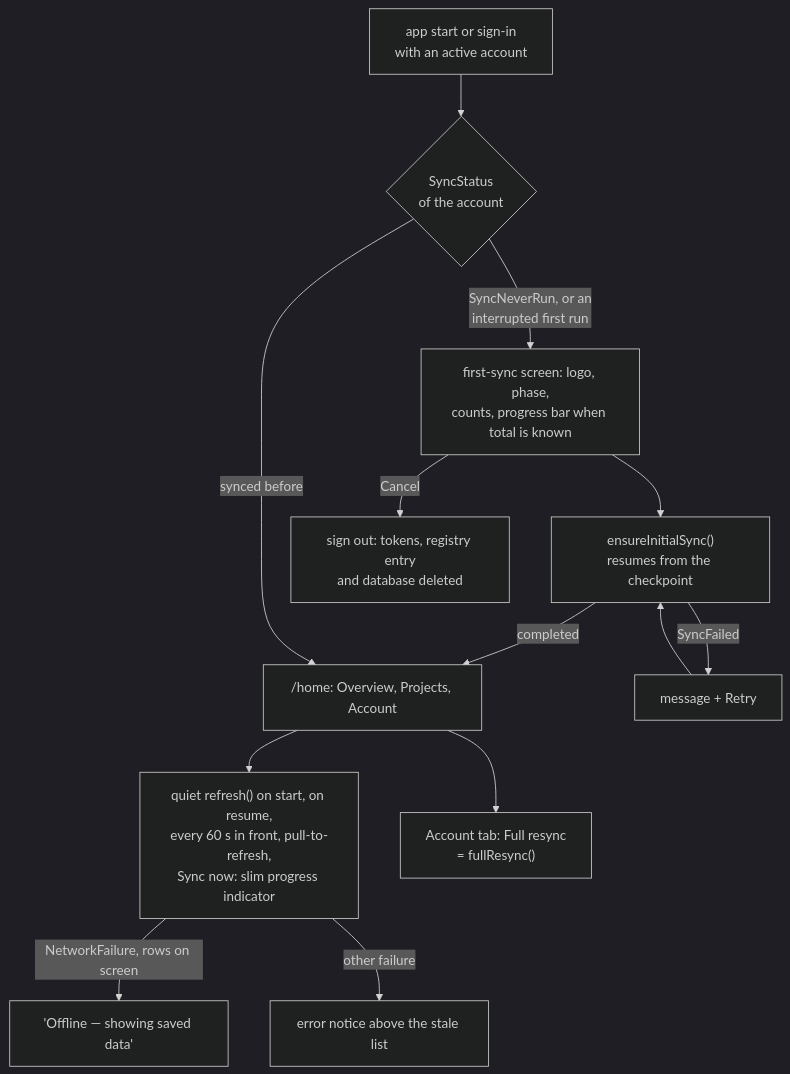
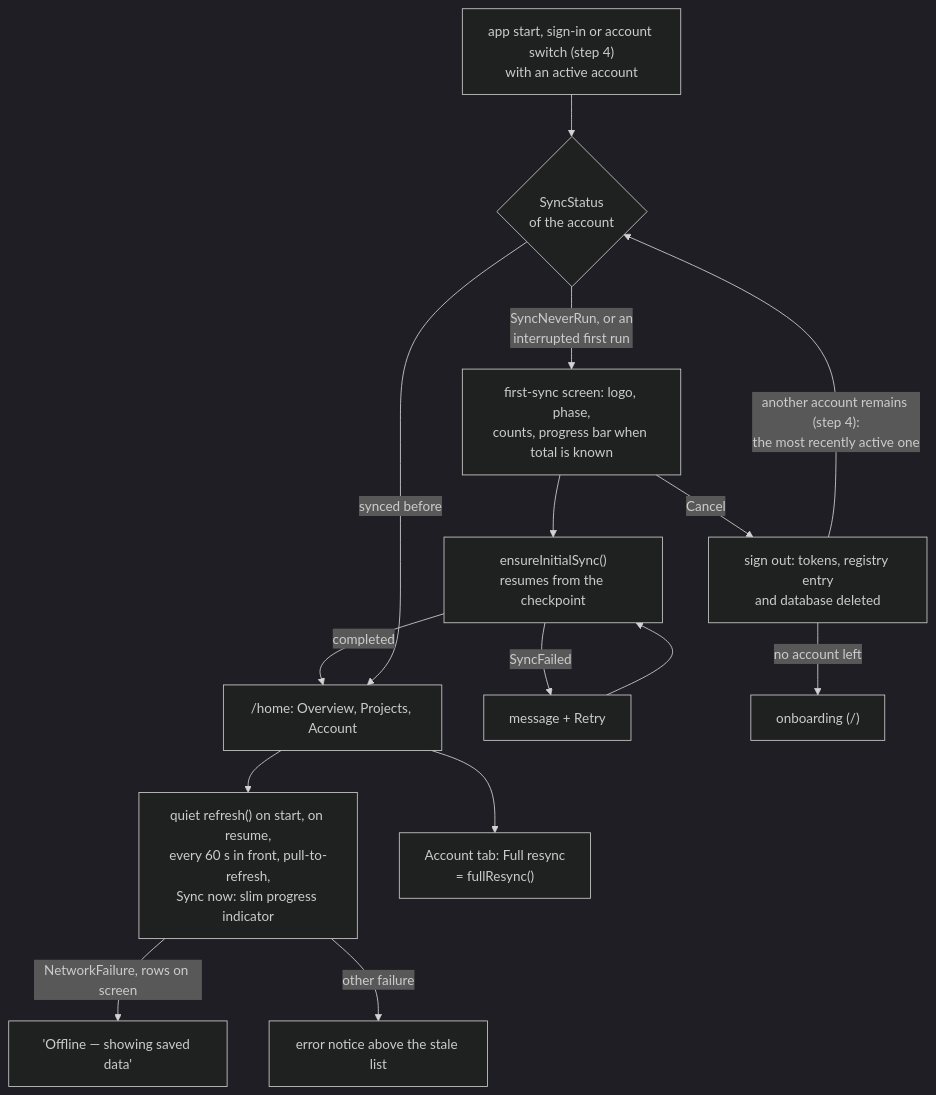
One commit to coderoftime/vikunja-app-ci-test changed the seventh of 9 diagrams in docs/architecture.md. Above: the diagram before and after it, drawn with Mermaid (dark theme). The commit also changed other lines of this file and 73 other files, not shown here.

````diff
--- a/docs/architecture.md
+++ b/docs/architecture.md
@@ -556,14 +569,16 @@
 ```mermaid
 flowchart TD
-  START["app start or sign-in<br/>with an active account"] --> STATE{"SyncStatus<br/>of the account"}
+  START["app start, sign-in or account switch (step 4)<br/>with an active account"] --> STATE{"SyncStatus<br/>of the account"}
   STATE -- "SyncNeverRun, or an<br/>interrupted first run" --> FIRST["first-sync screen: logo, phase,<br/>counts, progress bar when total is known"]
   FIRST --> RUN["ensureInitialSync()<br/>resumes from the checkpoint"]
   RUN -- "completed" --> SHELL["/home: Overview, Projects, Account"]
   RUN -- "SyncFailed" --> RETRY["message + Retry"] --> RUN
   FIRST -- "Cancel" --> OUT["sign out: tokens, registry entry<br/>and database deleted"]
+  OUT -- "another account remains (step 4):<br/>the most recently active one" --> STATE
+  OUT -- "no account left" --> ONBOARD["onboarding (/)"]
   STATE -- "synced before" --> SHELL
   SHELL --> QUIET["quiet refresh() on start, on resume,<br/>every 60 s in front, pull-to-refresh,<br/>Sync now: slim progress indicator"]
   SHELL --> FULL["Account tab: Full resync<br/>= fullResync()"]
   QUIET -- "NetworkFailure, rows on screen" --> NOTICE["'Offline — showing saved data'"]
   QUIET -- "other failure" --> ERR["error notice above the stale list"]
 ```
````
